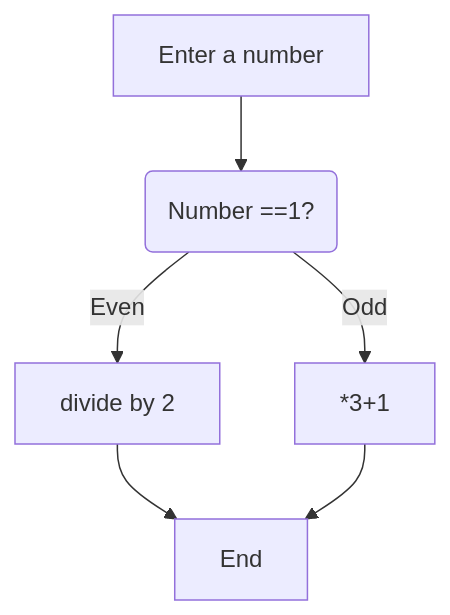
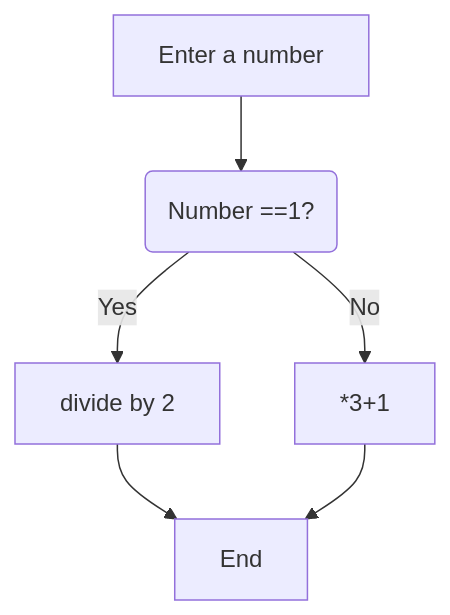
One commit to PeeBs68/mywork changed the second of 2 diagrams in README.md. Above: the diagram before and after it, drawn with Mermaid.

Commit message:
Playing with mermaid for readme

````diff
--- a/README.md
+++ b/README.md
@@ -27,8 +27,8 @@
 ```mermaid
 graph TD;
     A[Enter a number] --> B(Number ==1?);
-    B -- Even --> C[divide by 2];
-    B -- Odd --> D[*3+1];
+    B -- Yes --> C[divide by 2];
+    B -- No --> D[*3+1];
     C-->E[End];
     D-->E[End];
 ```
````
